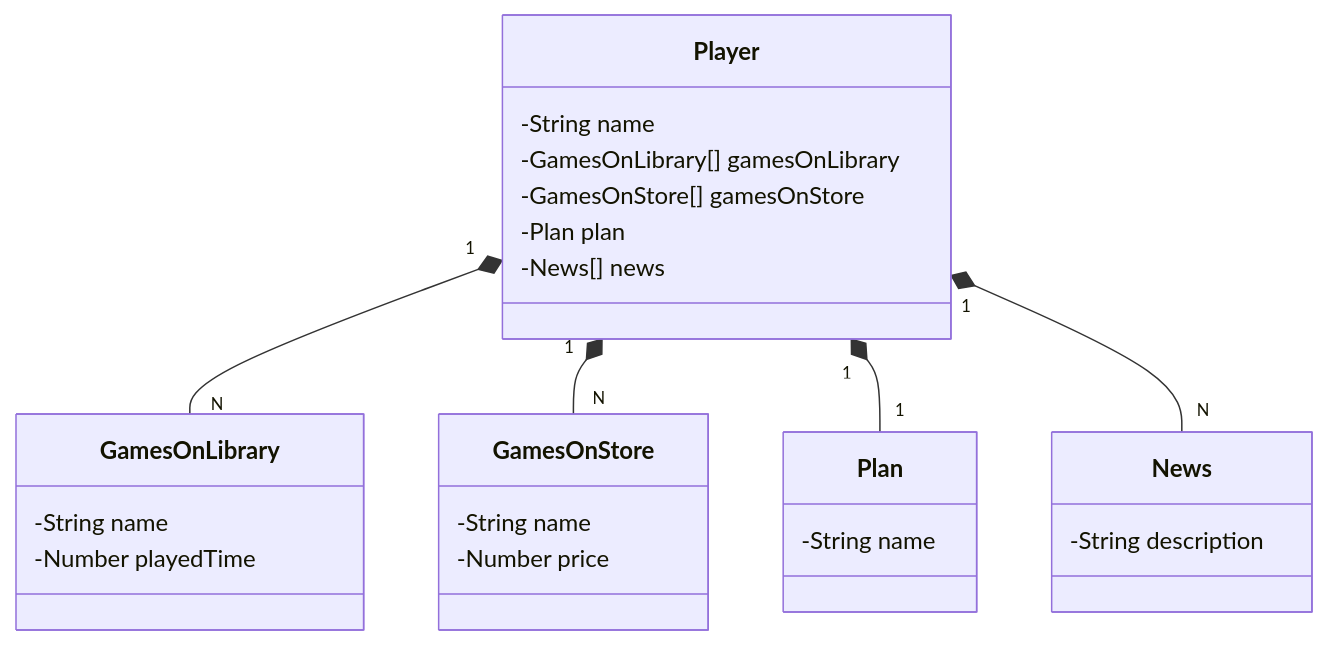
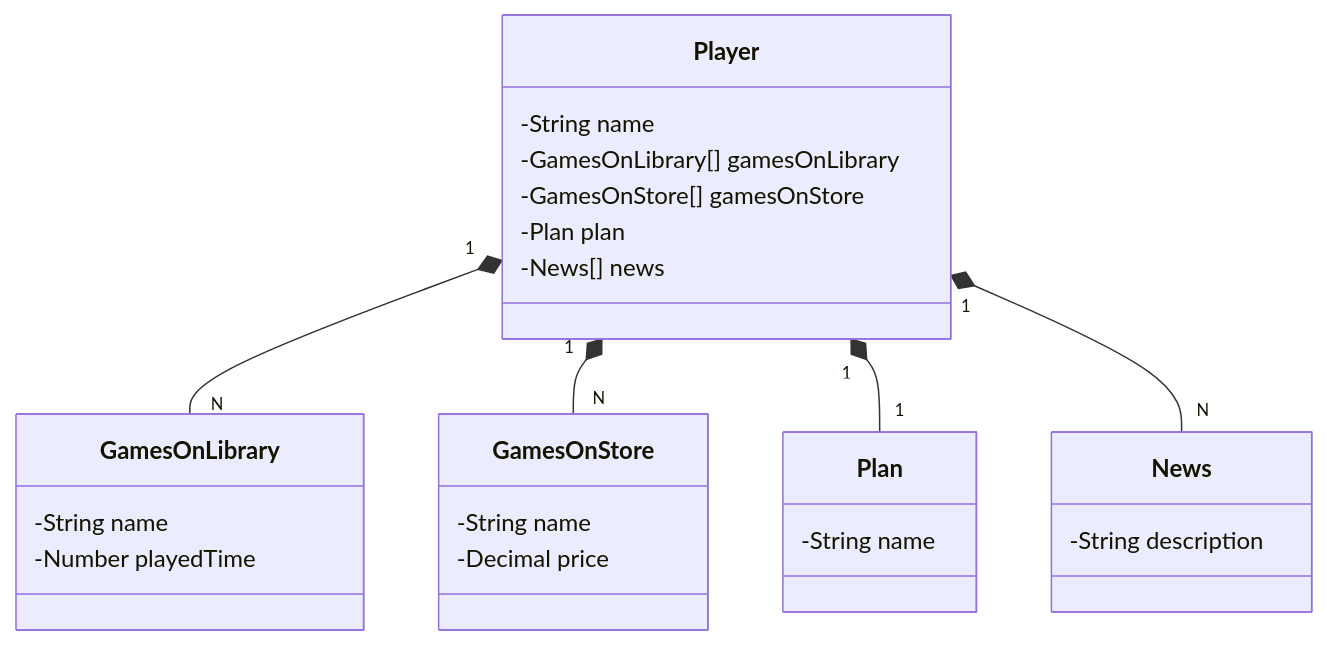
One commit to DSobanski0/dio-desafio-api-rest-cloud changed the diagram in README.md. Above: the diagram before and after it, drawn with Mermaid.

Commit message:
Ajusta README.md

````diff
--- a/README.md
+++ b/README.md
@@ -14,33 +14,33 @@
 ```mermaid
 classDiagram
   class Player {
     -String name
     -GamesOnLibrary[] gamesOnLibrary
     -GamesOnStore[] gamesOnStore
     -Plan plan
     -News[] news
   }
 
   class GamesOnLibrary {
     -String name
     -Number playedTime
   }
 
   class GamesOnStore {
     -String name
-    -Number price
+    -Decimal price
   }
 
   class Plan {
     -String name
   }
 
   class News {
     -String description
   }
 
   Player "1" *-- "N" GamesOnLibrary
   Player "1" *-- "N" GamesOnStore
   Player "1" *-- "1" Plan
   Player "1" *-- "N" News
 ```
````
